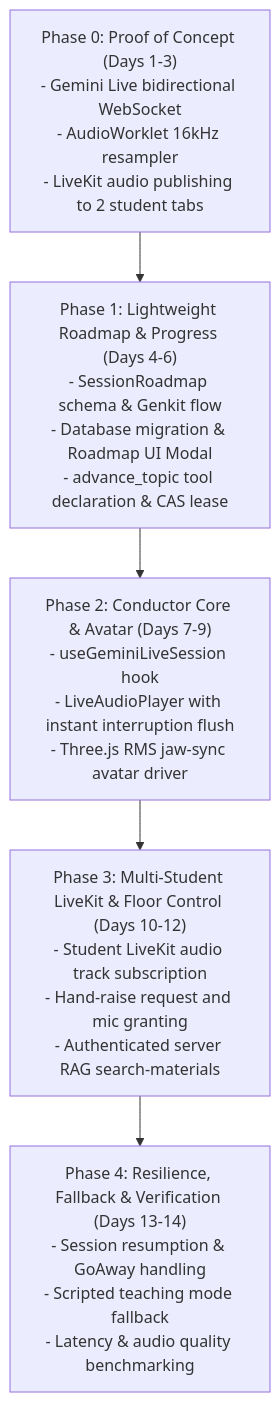
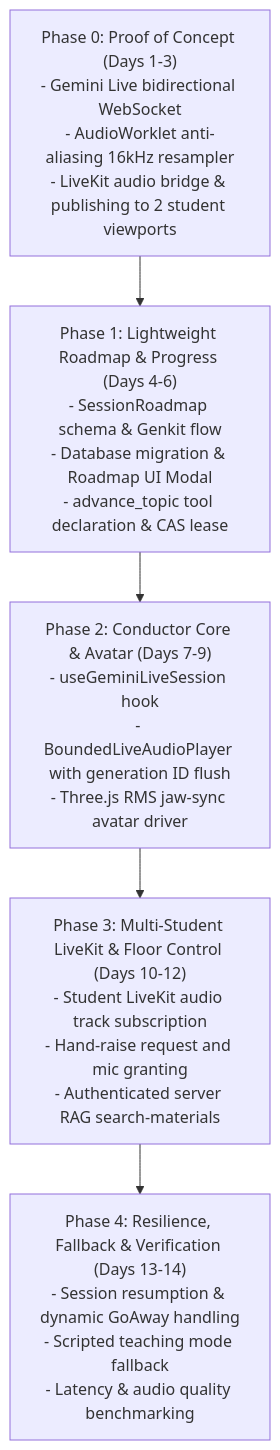
The third of 3 diagrams in docs/architecture/gemini-live-integration-plan.md (shreyas0b0acharya/IntelliClass-AI-Gemini-Live), drawn with Mermaid before and after one commit. The commit also changed other lines of this file, not shown here.

Commit message:
docs: finalize Revision 3.0 of Gemini Live architecture plan with implementation fixes

````diff
--- a/docs/architecture/gemini-live-integration-plan.md
+++ b/docs/architecture/gemini-live-integration-plan.md
@@ -871,29 +723,29 @@
 ```mermaid
 flowchart TD
     P0["Phase 0: Proof of Concept (Days 1-3)
 - Gemini Live bidirectional WebSocket
-- AudioWorklet 16kHz resampler
-- LiveKit audio publishing to 2 student tabs"]
+- AudioWorklet anti-aliasing 16kHz resampler
+- LiveKit audio bridge & publishing to 2 student viewports"]
     
     P1["Phase 1: Lightweight Roadmap & Progress (Days 4-6)
 - SessionRoadmap schema & Genkit flow
 - Database migration & Roadmap UI Modal
 - advance_topic tool declaration & CAS lease"]
 
     P2["Phase 2: Conductor Core & Avatar (Days 7-9)
 - useGeminiLiveSession hook
-- LiveAudioPlayer with instant interruption flush
+- BoundedLiveAudioPlayer with generation ID flush
 - Three.js RMS jaw-sync avatar driver"]
 
     P3["Phase 3: Multi-Student LiveKit & Floor Control (Days 10-12)
 - Student LiveKit audio track subscription
 - Hand-raise request and mic granting
 - Authenticated server RAG search-materials"]
 
     P4["Phase 4: Resilience, Fallback & Verification (Days 13-14)
-- Session resumption & GoAway handling
+- Session resumption & dynamic GoAway handling
 - Scripted teaching mode fallback
 - Latency & audio quality benchmarking"]
 
     P0 --> P1 --> P2 --> P3 --> P4
 ```
````
